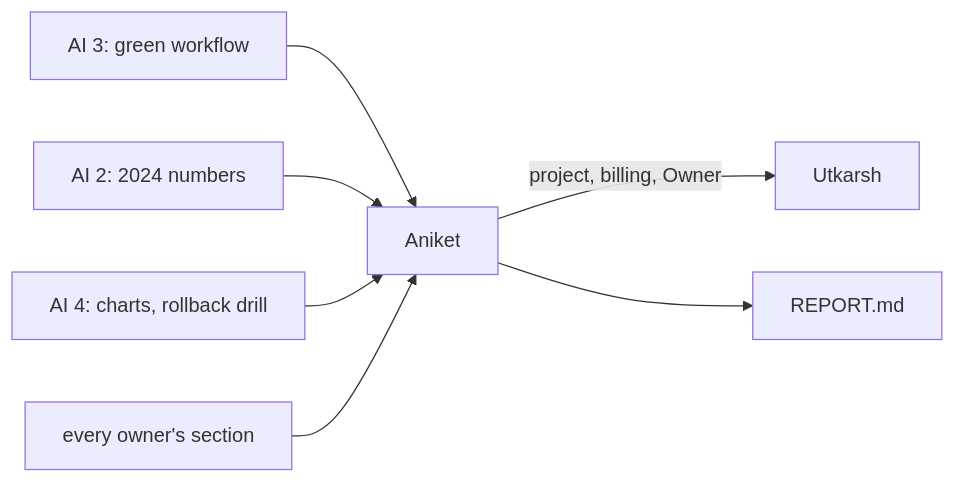
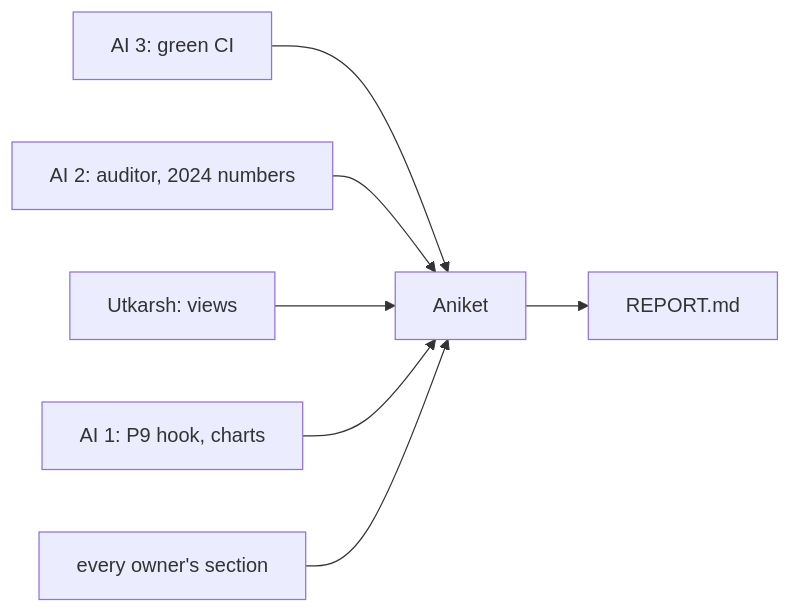
One commit to Itsme-aniketghosh/Meridian changed the diagram in Model-Pipeline/packets/aniket-lead/README.md. Above: the diagram before and after it, drawn with Mermaid. The commit also changed other lines of this file and 8 other files, not shown here.

````diff
--- a/Model-Pipeline/packets/aniket-lead/README.md
+++ b/Model-Pipeline/packets/aniket-lead/README.md
@@ -13,9 +12,9 @@
 ```mermaid
 flowchart LR
-  me["Aniket"] -->|"project, billing, Owner"| ut["Utkarsh"]
-  ai3["AI 3: green workflow"] --> me
-  ai2["AI 2: 2024 numbers"] --> me
-  ai4["AI 4: charts, rollback drill"] --> me
+  ai3["AI 3: green CI"] --> me["Aniket"]
+  ai2["AI 2: auditor, 2024 numbers"] --> me
+  ut["Utkarsh: views"] --> me
+  ai1["AI 1: P9 hook, charts"] --> me
   sections["every owner's section"] --> me
   me --> rep["REPORT.md"]
 ```
````
